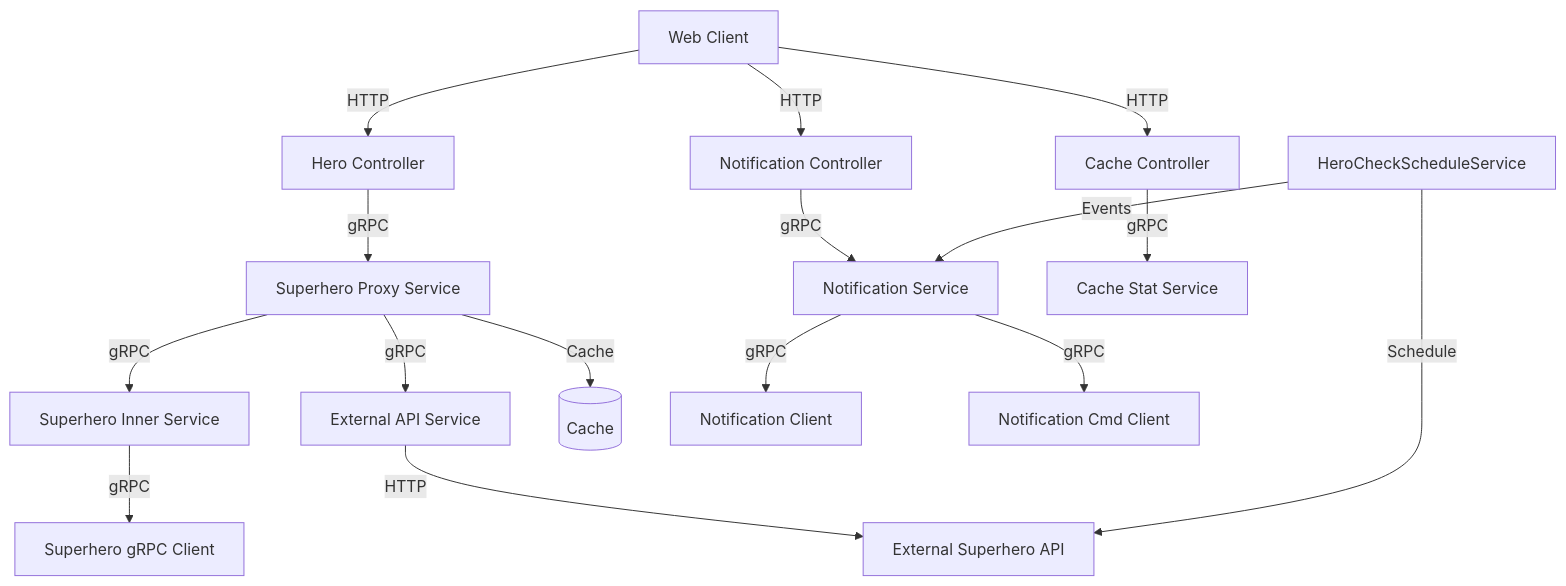
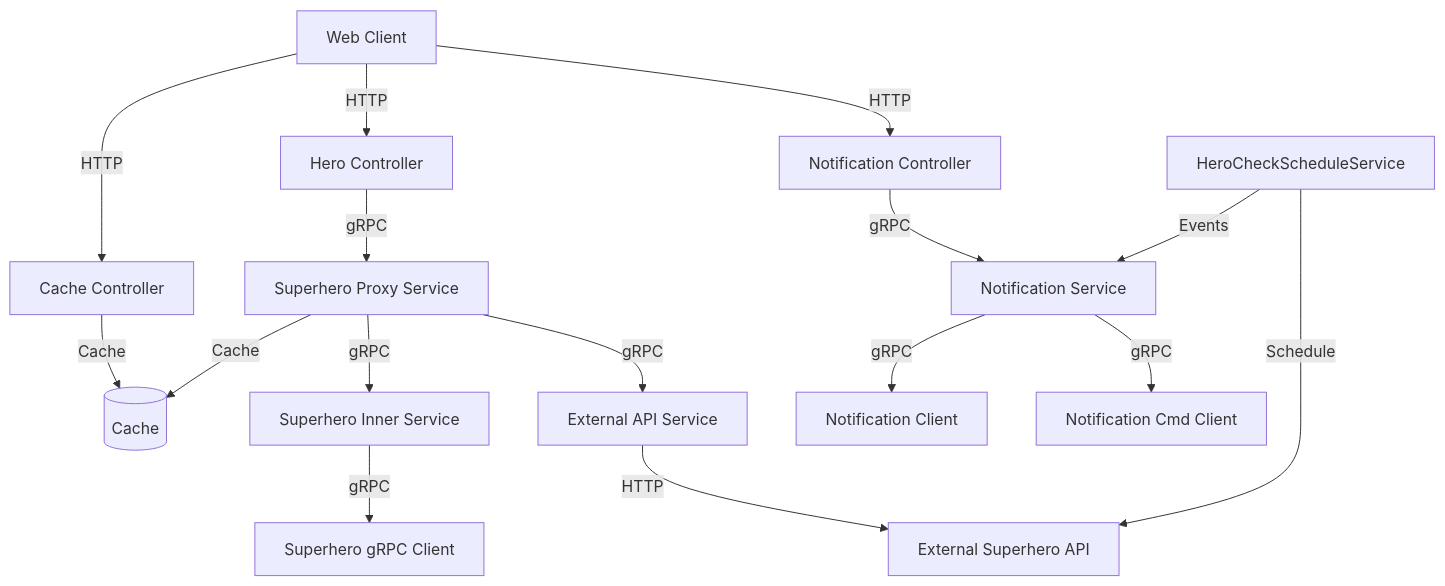
Before and after one commit to jackiedlh/SuperHeroV3: the first of 4 diagrams in docs/architecture.md, drawn with Mermaid. The commit also changed other lines of this file and 3 other files, not shown here.

Commit message:
remove CacheStatService.java

````diff
--- a/docs/architecture.md
+++ b/docs/architecture.md
@@ -5,27 +5,27 @@
 ```mermaid
 graph TD
     %% Web Layer
     Web[Web Client] --> |HTTP| HeroController[Hero Controller]
     Web --> |HTTP| NotificationController[Notification Controller]
     Web --> |HTTP| CacheController[Cache Controller]
     
     %% Controller Layer
     HeroController --> |gRPC| SuperheroProxyService[Superhero Proxy Service]
     NotificationController --> |gRPC| NotificationService[Notification Service]
-    CacheController --> |gRPC| CacheStatService[Cache Stat Service]
+    CacheController --> |Cache| Cache[(Cache)]
     
     %% Service Layer
     SuperheroProxyService --> |gRPC| SuperheroInnerService[Superhero Inner Service]
     SuperheroProxyService --> |gRPC| ExternalApiService[External API Service]
-    SuperheroProxyService --> |Cache| Cache[(Cache)]
+    SuperheroProxyService --> |Cache| Cache
     
     %% Client Layer
     SuperheroInnerService --> |gRPC| SuperheroGrpcClient[Superhero gRPC Client]
     NotificationService --> |gRPC| NotificationClient[Notification Client]
     NotificationService --> |gRPC| NotificationCmdClient[Notification Cmd Client]
     
     %% External Systems
     ExternalApiService --> |HTTP| ExternalAPI[External Superhero API]
     HeroCheckScheduleService --> |Schedule| ExternalAPI
     HeroCheckScheduleService --> |Events| NotificationService
 ```
````
